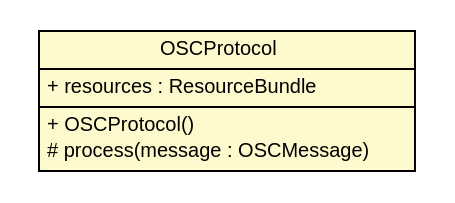
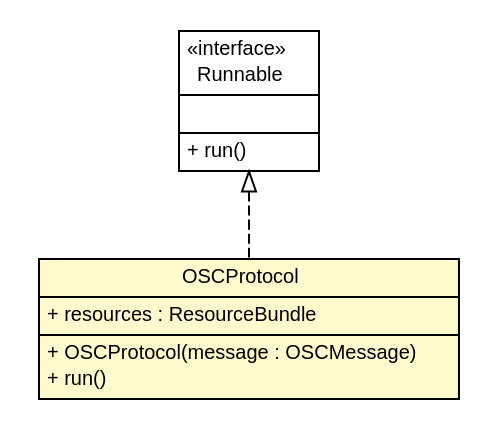
The diagram in apidocs/com/xley/lfosc/impl/OSCProtocol.dot (pcross616/lf-osc-proxy), drawn with Graphviz before and after one commit. The commit also changed 113 other files, not shown here.

```diff
--- a/apidocs/com/xley/lfosc/impl/OSCProtocol.dot
+++ b/apidocs/com/xley/lfosc/impl/OSCProtocol.dot
@@ -1,25 +1,40 @@
 #!/usr/local/bin/dot
 #
 # Class diagram 
 # Generated by UMLGraph version R5_6 (http://www.umlgraph.org/)
 #
 
 digraph G {
 	edge [fontname="Helvetica",fontsize=10,labelfontname="Helvetica",labelfontsize=10];
 	node [fontname="Helvetica",fontsize=10,shape=plaintext];
 	nodesep=0.25;
 	ranksep=0.5;
 	// com.xley.lfosc.impl.OSCProtocol
-	c35 [label=<<table title="com.xley.lfosc.impl.OSCProtocol" border="0" cellborder="1" cellspacing="0" cellpadding="2" port="p" bgcolor="lemonChiffon" href="./OSCProtocol.html">
+	c58 [label=<<table title="com.xley.lfosc.impl.OSCProtocol" border="0" cellborder="1" cellspacing="0" cellpadding="2" port="p" bgcolor="lemonChiffon" href="./OSCProtocol.html">
 		<tr><td><table border="0" cellspacing="0" cellpadding="1">
 <tr><td align="center" balign="center"> OSCProtocol </td></tr>
 		</table></td></tr>
 		<tr><td><table border="0" cellspacing="0" cellpadding="1">
 <tr><td align="left" balign="left"> + resources : ResourceBundle </td></tr>
 		</table></td></tr>
 		<tr><td><table border="0" cellspacing="0" cellpadding="1">
-<tr><td align="left" balign="left"> + OSCProtocol() </td></tr>
-<tr><td align="left" balign="left"> # process(message : OSCMessage) </td></tr>
+<tr><td align="left" balign="left"> + OSCProtocol(message : OSCMessage) </td></tr>
+<tr><td align="left" balign="left"> + run() </td></tr>
 		</table></td></tr>
 		</table>>, URL="./OSCProtocol.html", fontname="Helvetica", fontcolor="black", fontsize=10.0];
+	//com.xley.lfosc.impl.OSCProtocol implements java.lang.Runnable
+	c60:p -> c58:p [dir=back,arrowtail=empty,style=dashed];
+	// java.lang.Runnable
+	c60 [label=<<table title="java.lang.Runnable" border="0" cellborder="1" cellspacing="0" cellpadding="2" port="p" href="http://java.sun.com/j2se/1.4.2/docs/api/java/lang/Runnable.html">
+		<tr><td><table border="0" cellspacing="0" cellpadding="1">
+<tr><td align="center" balign="center"> &#171;interface&#187; </td></tr>
+<tr><td align="center" balign="center"> Runnable </td></tr>
+		</table></td></tr>
+		<tr><td><table border="0" cellspacing="0" cellpadding="1">
+<tr><td align="left" balign="left">  </td></tr>
+		</table></td></tr>
+		<tr><td><table border="0" cellspacing="0" cellpadding="1">
+<tr><td align="left" balign="left"> + run() </td></tr>
+		</table></td></tr>
+		</table>>, URL="http://java.sun.com/j2se/1.4.2/docs/api/java/lang/Runnable.html", fontname="Helvetica", fontcolor="black", fontsize=10.0];
 }
```
